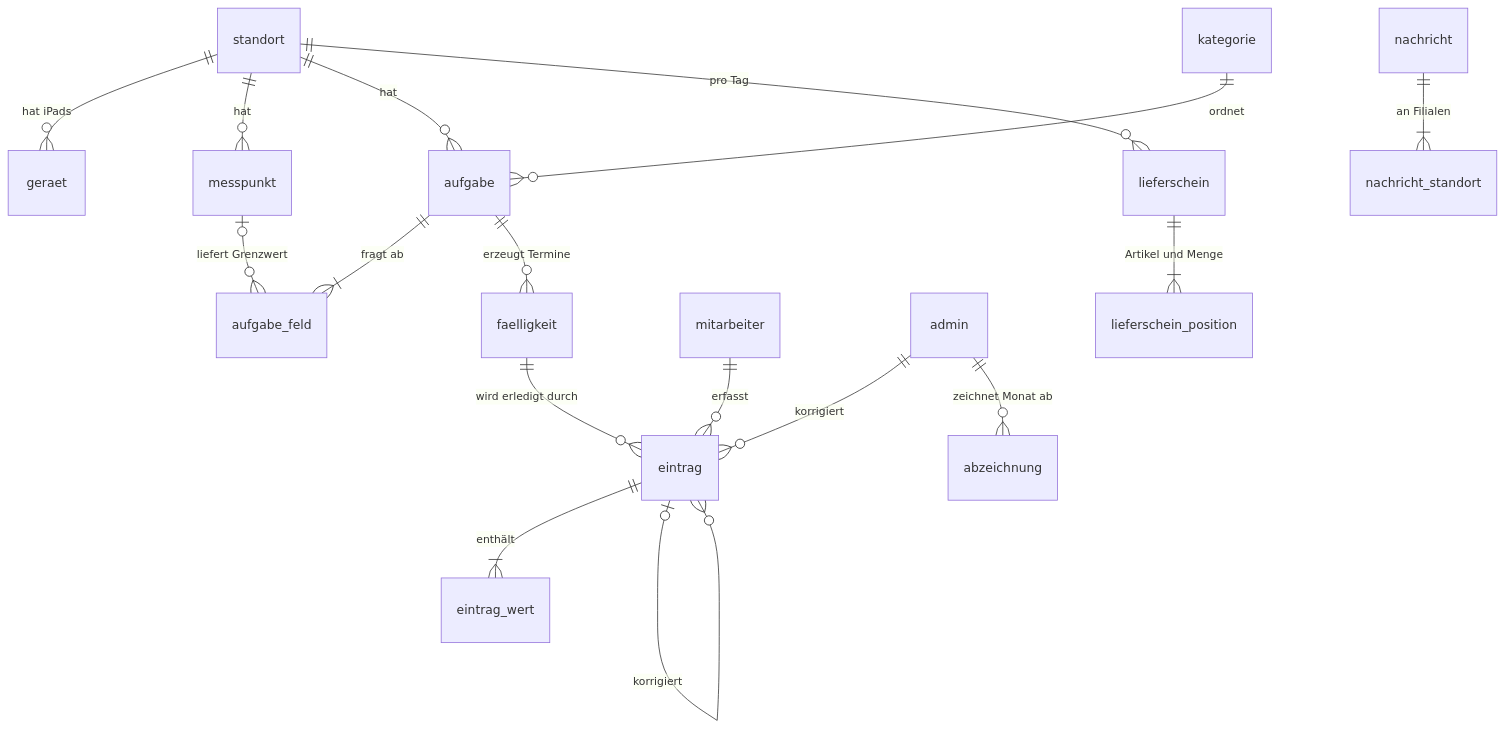
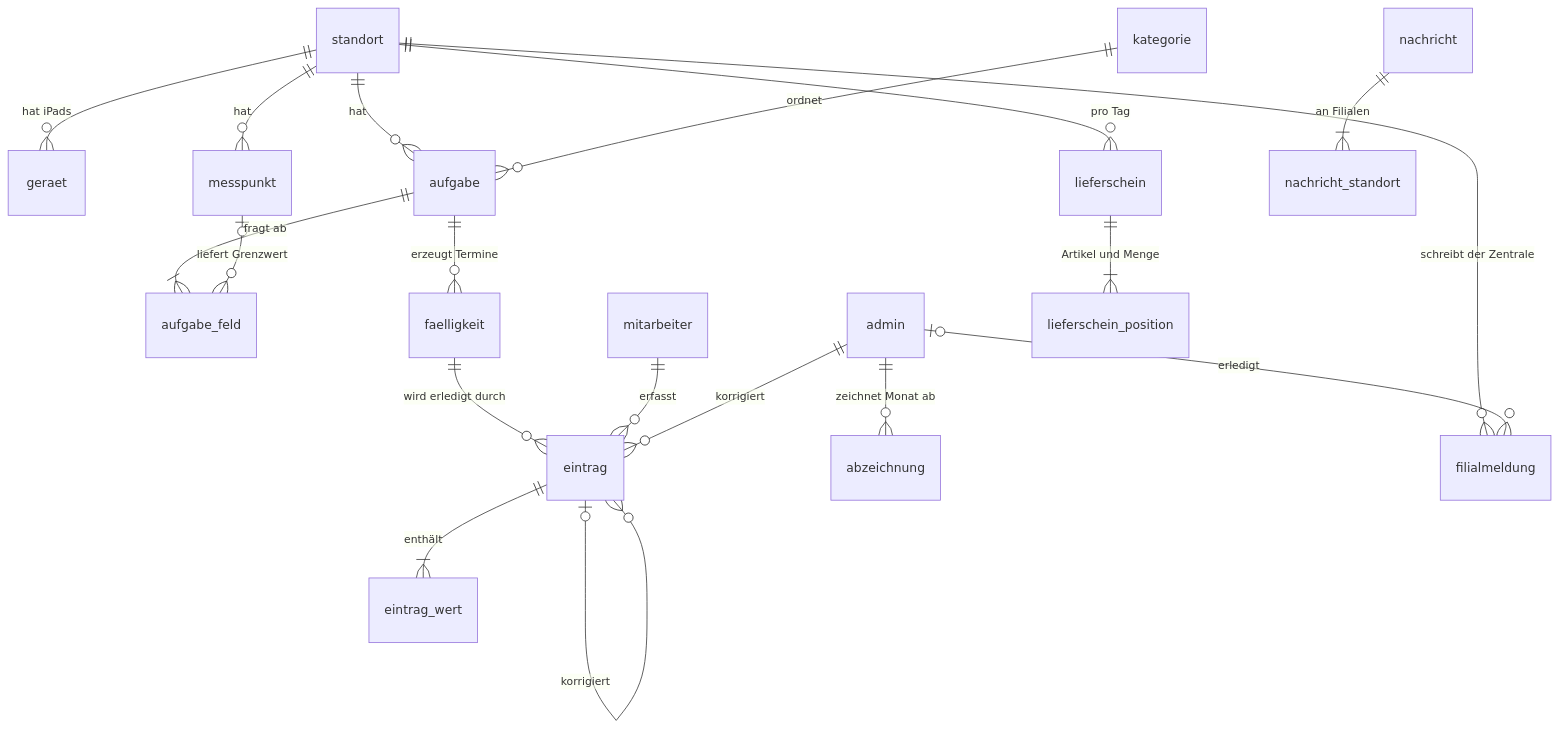
Before and after one commit to philippkudelka/baeckerei-filial-app-showcase: the second of 2 diagrams in README.md, drawn with Mermaid. The commit also changed other lines of this file, not shown here.

````diff
--- a/README.md
+++ b/README.md
@@ -148,19 +158,21 @@
 ```mermaid
 erDiagram
   standort ||--o{ geraet : "hat iPads"
   standort ||--o{ messpunkt : "hat"
   standort ||--o{ aufgabe : "hat"
   kategorie ||--o{ aufgabe : "ordnet"
   aufgabe ||--|{ aufgabe_feld : "fragt ab"
   messpunkt |o--o{ aufgabe_feld : "liefert Grenzwert"
   aufgabe ||--o{ faelligkeit : "erzeugt Termine"
   faelligkeit ||--o{ eintrag : "wird erledigt durch"
   eintrag ||--|{ eintrag_wert : "enthält"
   eintrag |o--o{ eintrag : "korrigiert"
   mitarbeiter ||--o{ eintrag : "erfasst"
   admin ||--o{ eintrag : "korrigiert"
   admin ||--o{ abzeichnung : "zeichnet Monat ab"
   standort ||--o{ lieferschein : "pro Tag"
   lieferschein ||--|{ lieferschein_position : "Artikel und Menge"
   nachricht ||--|{ nachricht_standort : "an Filialen"
+  standort ||--o{ filialmeldung : "schreibt der Zentrale"
+  admin |o--o{ filialmeldung : "erledigt"
 ```
````
